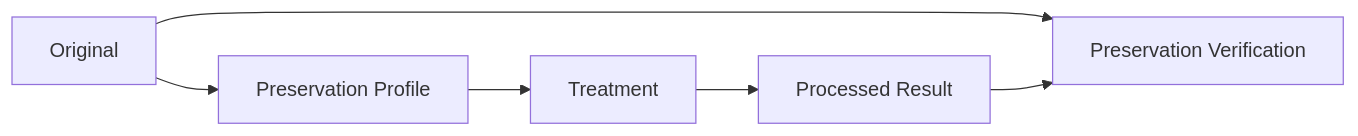
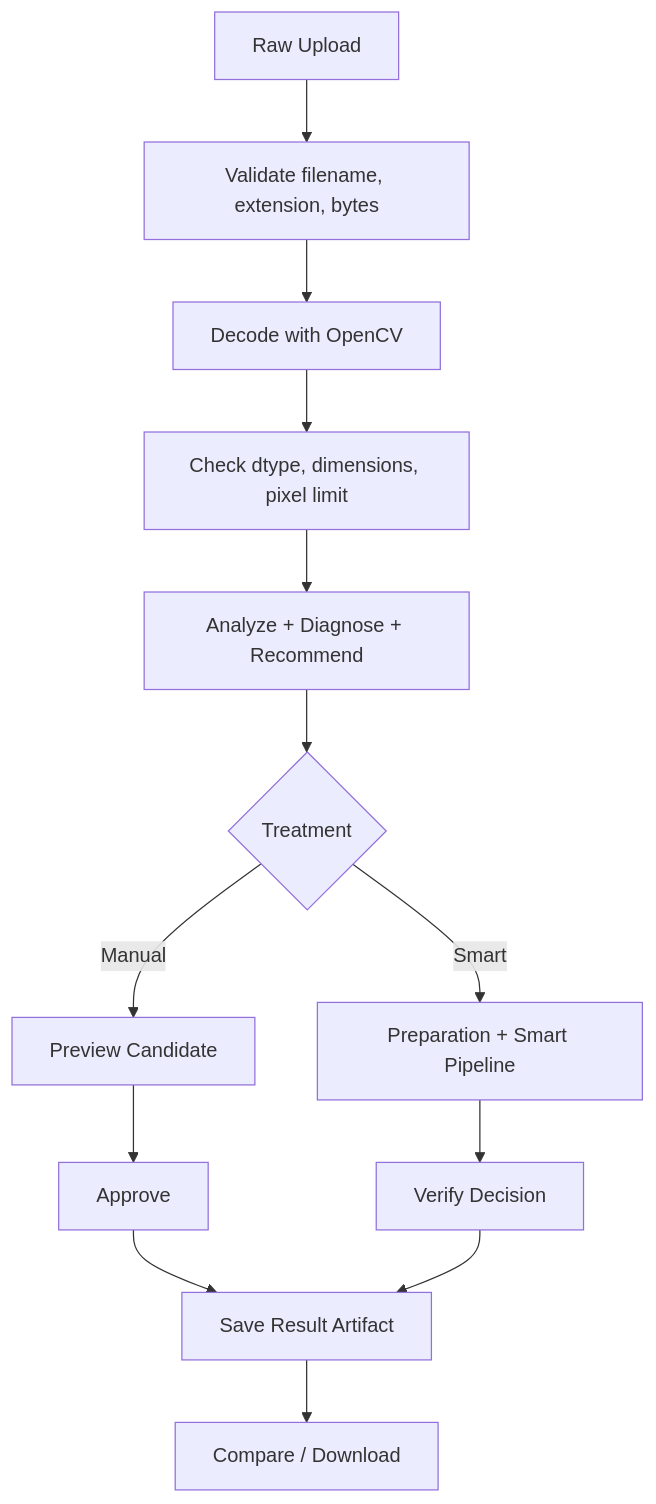
Before and after one commit to Alhareith/manuscript-doctor: the second of 9 diagrams in docs/architecture.md, drawn with Mermaid. The commit also changed other lines of this file and 168 other files, not shown here.

````diff
--- a/docs/architecture.md
+++ b/docs/architecture.md
@@ -437,8 +78,15 @@
 ```mermaid
-flowchart LR
-    A["Original"] --> B["Preservation Profile"]
-    B --> C["Treatment"]
-    C --> D["Processed Result"]
-    A --> E["Preservation Verification"]
-    D --> E
+flowchart TD
+    A["Raw Upload"] --> B["Validate filename, extension, bytes"]
+    B --> C["Decode with OpenCV"]
+    C --> D["Check dtype, dimensions, pixel limit"]
+    D --> E["Analyze + Diagnose + Recommend"]
+    E --> F{"Treatment"}
+    F -->|"Manual"| G["Preview Candidate"]
+    F -->|"Smart"| H["Preparation + Smart Pipeline"]
+    G --> I["Approve"]
+    H --> J["Verify Decision"]
+    I --> K["Save Result Artifact"]
+    J --> K
+    K --> L["Compare / Download"]
 ```
````
